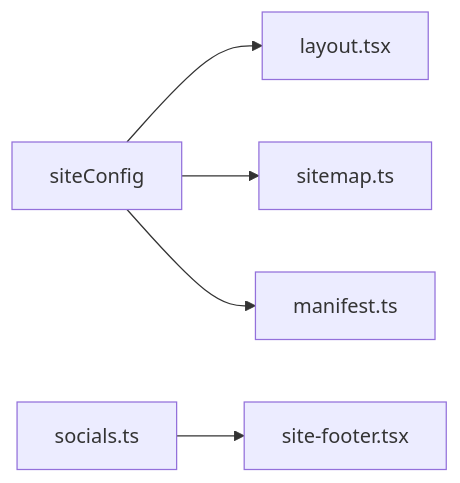
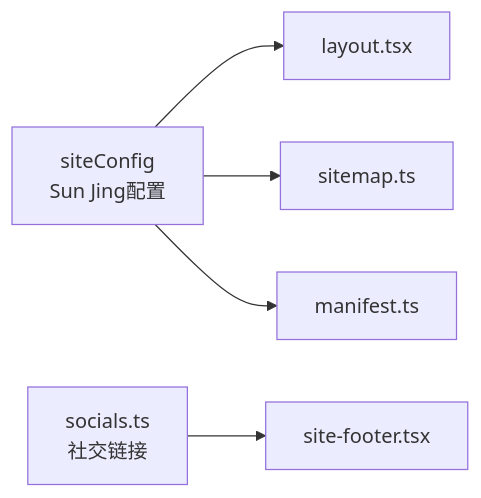
The third of 3 diagrams in .qoder/repowiki/zh/content/配置指南/站点配置.md (florianjsun/next-portfolio), drawn with Mermaid before and after one commit. The commit also changed other lines of this file and 10 other files, not shown here.

````diff
--- a/.qoder/repowiki/zh/content/配置指南/站点配置.md
+++ b/.qoder/repowiki/zh/content/配置指南/站点配置.md
@@ -197,7 +223,7 @@
 ```mermaid
 graph LR
-SC["siteConfig"] --> L["layout.tsx"]
+SC["siteConfig<br/>Sun Jing配置"] --> L["layout.tsx"]
 SC --> S["sitemap.ts"]
 SC --> M["manifest.ts"]
-SL["socials.ts"] --> F["site-footer.tsx"]
+SL["socials.ts<br/>社交链接"] --> F["site-footer.tsx"]
 ```
````
